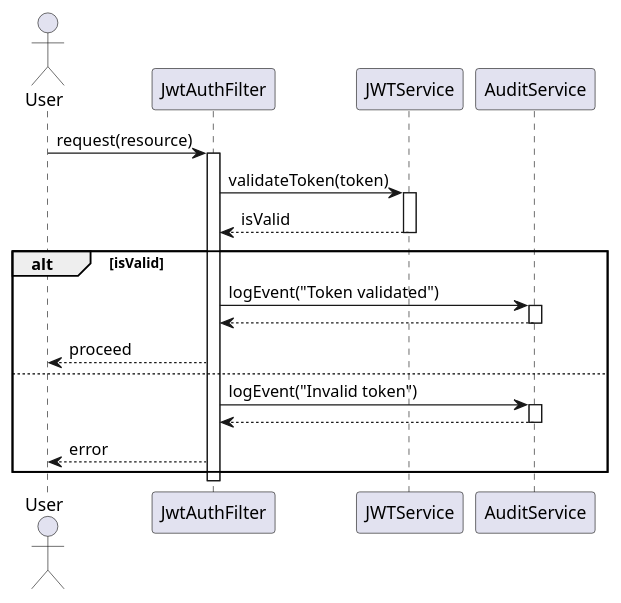
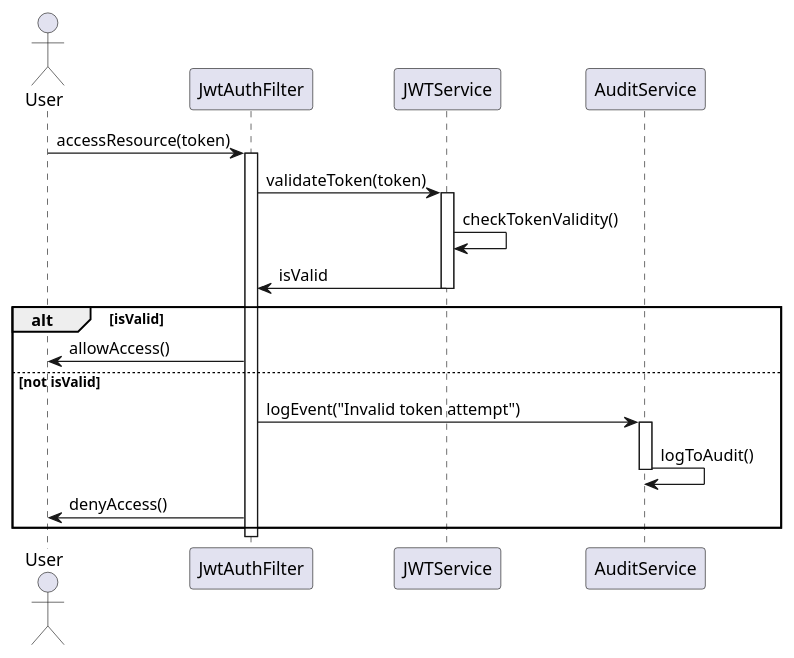
One commit to Dinesh-s95/AutoDoc.ai changed the third of 4 diagrams in identityprovider/documentation/detaileddesign.adoc. Above: the diagram before and after it, drawn with PlantUML. The commit also changed other lines of this file and 4 other files, not shown here.

```diff
--- a/identityprovider/documentation/detaileddesign.adoc
+++ b/identityprovider/documentation/detaileddesign.adoc
@@ -334,34 +377,30 @@
 [plantuml, jwt-validation-sequence, png]
 ----
 @startuml
 actor User
 participant JwtAuthFilter
 participant JWTService
 participant AuditService
 
-User -> JwtAuthFilter : request(resource)
+User -> JwtAuthFilter : accessResource(token)
 activate JwtAuthFilter
 
 JwtAuthFilter -> JWTService : validateToken(token)
 activate JWTService
-JWTService --> JwtAuthFilter : isValid
+JWTService -> JWTService : checkTokenValidity()
+JWTService -> JwtAuthFilter : isValid
 deactivate JWTService
 
 alt isValid
-    JwtAuthFilter -> AuditService : logEvent("Token validated")
+    JwtAuthFilter -> User : allowAccess()
+else not isValid
+    JwtAuthFilter -> AuditService : logEvent("Invalid token attempt")
     activate AuditService
-    AuditService --> JwtAuthFilter
+    AuditService -> AuditService : logToAudit()
     deactivate AuditService
+    JwtAuthFilter -> User : denyAccess()
+end
 
-    JwtAuthFilter --> User : proceed
-else
-    JwtAuthFilter -> AuditService : logEvent("Invalid token")
-    activate AuditService
-    AuditService --> JwtAuthFilter
-    deactivate AuditService
-
-    JwtAuthFilter --> User : error
-end
 deactivate JwtAuthFilter
 @enduml
 ----
```
